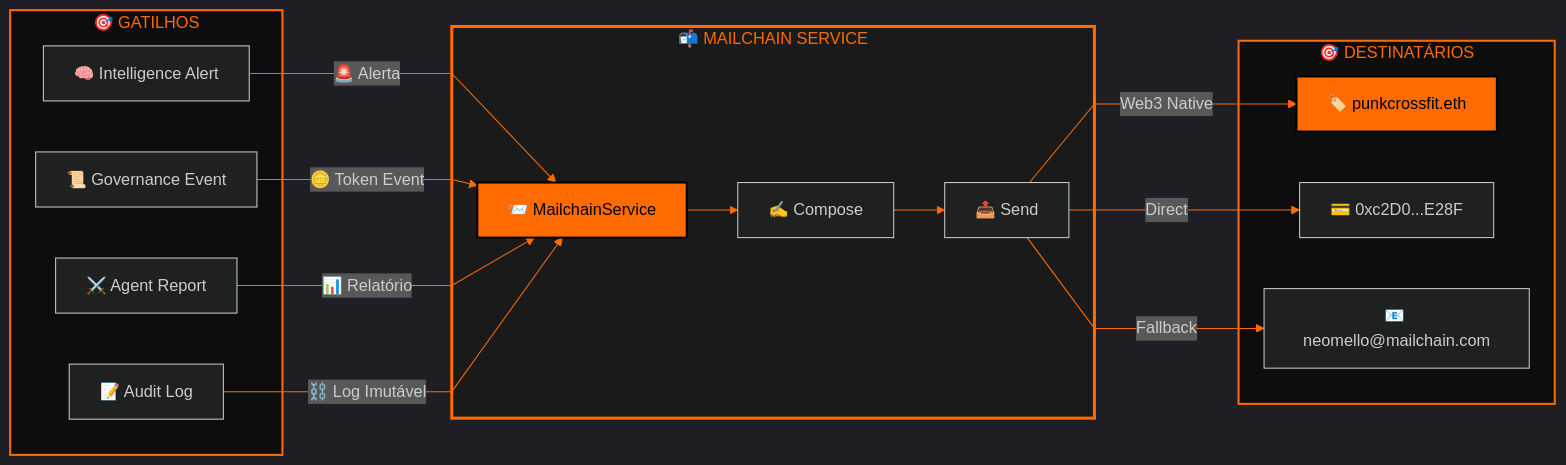
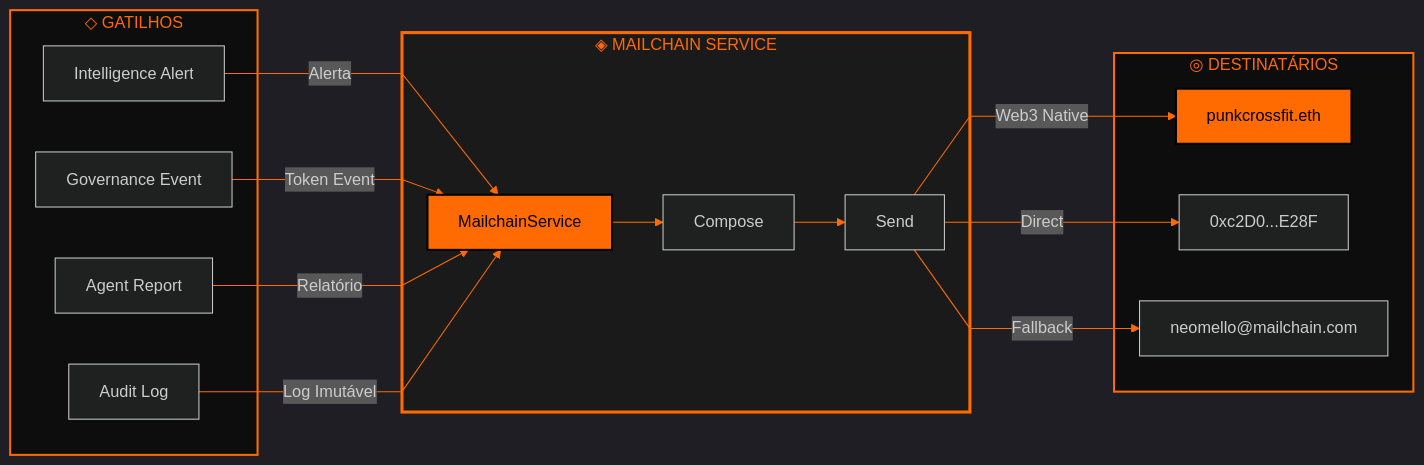
Before and after one commit to neomello/punk-ecosistemas-dados: the seventh of 7 diagrams in docs/ECOSYSTEM-DIAGRAM.md, drawn with Mermaid. The commit also changed other lines of this file and 14 other files, not shown here.

````diff
--- a/docs/ECOSYSTEM-DIAGRAM.md
+++ b/docs/ECOSYSTEM-DIAGRAM.md
@@ -309,38 +314,38 @@
 ```mermaid
 %%{init: {'flowchart': {'curve': 'linear'}, 'theme': 'dark', 'themeVariables': { 'primaryColor': '#FF6B00', 'primaryTextColor': '#000', 'primaryBorderColor': '#000', 'lineColor': '#FF6B00'}}}%%
 
 graph LR
-    subgraph TRIGGERS["🎯 GATILHOS"]
-        T1["🧠 Intelligence Alert"]
-        T2["📜 Governance Event"]
-        T3["⚔️ Agent Report"]
-        T4["📝 Audit Log"]
+    subgraph TRIGGERS["◇ GATILHOS"]
+        T1["Intelligence Alert"]
+        T2["Governance Event"]
+        T3["Agent Report"]
+        T4["Audit Log"]
     end
 
-    subgraph MAILCHAIN["📬 MAILCHAIN SERVICE"]
-        MC["📨 MailchainService"]
-        MC --> COMPOSE["✍️ Compose"]
-        COMPOSE --> SEND["📤 Send"]
+    subgraph MAILCHAIN["◈ MAILCHAIN SERVICE"]
+        MC["MailchainService"]
+        MC --> COMPOSE["Compose"]
+        COMPOSE --> SEND["Send"]
     end
 
-    subgraph RECIPIENTS["🎯 DESTINATÁRIOS"]
-        ENS["🏷️ punkcrossfit.eth"]
-        WALLET["💳 0xc2D0...E28F"]
-        EMAIL["📧 neomello@mailchain.com"]
+    subgraph RECIPIENTS["◎ DESTINATÁRIOS"]
+        ENS["punkcrossfit.eth"]
+        WALLET["0xc2D0...E28F"]
+        EMAIL["neomello@mailchain.com"]
     end
 
-    T1 -->|"🚨 Alerta"| MC
-    T2 -->|"🪙 Token Event"| MC
-    T3 -->|"📊 Relatório"| MC
-    T4 -->|"⛓️ Log Imutável"| MC
+    T1 -->|Alerta| MC
+    T2 -->|Token Event| MC
+    T3 -->|Relatório| MC
+    T4 -->|Log Imutável| MC
 
-    SEND -->|"Web3 Native"| ENS
-    SEND -->|"Direct"| WALLET
-    SEND -->|"Fallback"| EMAIL
+    SEND -->|Web3 Native| ENS
+    SEND -->|Direct| WALLET
+    SEND -->|Fallback| EMAIL
 
     style TRIGGERS fill:#0d0d0d,stroke:#FF6B00,stroke-width:2px,color:#FF6B00
     style MAILCHAIN fill:#1a1a1a,stroke:#FF6B00,stroke-width:3px,color:#FF6B00
     style RECIPIENTS fill:#0d0d0d,stroke:#FF6B00,stroke-width:2px,color:#FF6B00
     style ENS fill:#FF6B00,stroke:#000,stroke-width:2px,color:#000
     style MC fill:#FF6B00,stroke:#000,stroke-width:2px,color:#000
 ```
````
